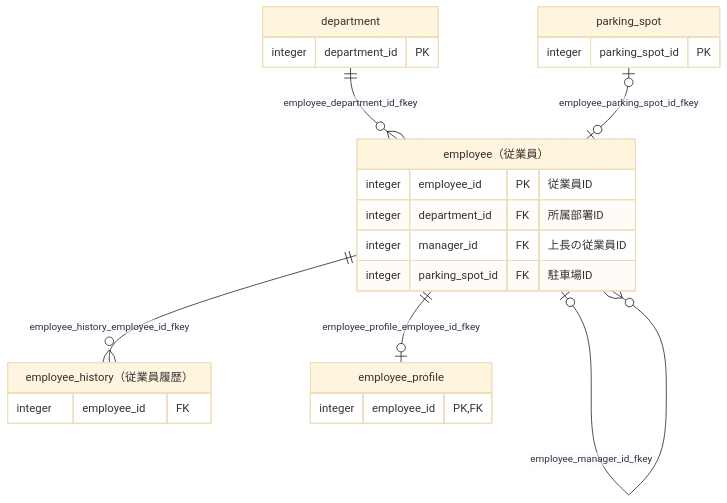
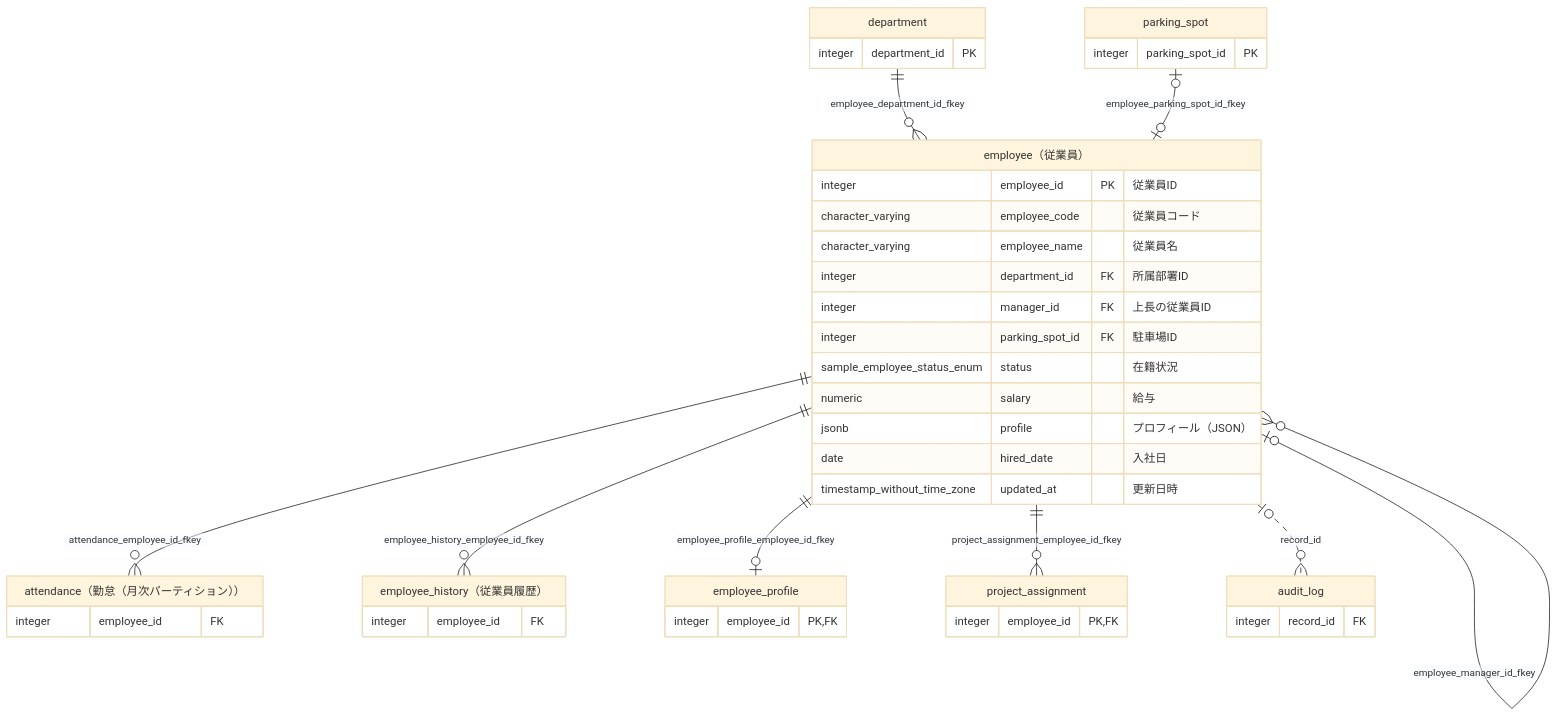
Before and after one commit to ebichan88/qiita-ebichan88: the first of 3 diagrams in public/dbxray.md, drawn with Mermaid (base theme). The commit also changed other lines of this file, not shown here.

````diff
--- a/public/dbxray.md
+++ b/public/dbxray.md
@@ -234,31 +181,53 @@
 ```mermaid
 erDiagram
+    sample_employee["employee（従業員）"]
     sample_department["department"]
-    sample_employee["employee（従業員）"]
+    sample_parking_spot["parking_spot"]
+    sample_attendance["attendance（勤怠（月次パーティション））"]
     sample_employee_history["employee_history（従業員履歴）"]
     sample_employee_profile["employee_profile"]
-    sample_parking_spot["parking_spot"]
+    sample_project_assignment["project_assignment"]
+    sample_audit_log["audit_log"]
     sample_department ||--o{ sample_employee : "employee_department_id_fkey"
     sample_employee |o--o{ sample_employee : "employee_manager_id_fkey"
     sample_parking_spot |o--o| sample_employee : "employee_parking_spot_id_fkey"
+    sample_employee ||--o{ sample_attendance : "attendance_employee_id_fkey"
     sample_employee ||--o{ sample_employee_history : "employee_history_employee_id_fkey"
     sample_employee ||--o| sample_employee_profile : "employee_profile_employee_id_fkey"
+    sample_employee ||--o{ sample_project_assignment : "project_assignment_employee_id_fkey"
+    sample_employee |o..o{ sample_audit_log : "record_id"
+    sample_employee {
+        integer employee_id PK "従業員ID"
+        character_varying employee_code "従業員コード"
+        character_varying employee_name "従業員名"
+        integer department_id FK "所属部署ID"
+        integer manager_id FK "上長の従業員ID"
+        integer parking_spot_id FK "駐車場ID"
+        sample_employee_status_enum status "在籍状況"
+        numeric salary "給与"
+        jsonb profile "プロフィール（JSON）"
+        date hired_date "入社日"
+        timestamp_without_time_zone updated_at "更新日時"
+    }
     sample_department {
         integer department_id PK
     }
-    sample_employee {
-        integer employee_id PK "従業員ID"
-        integer department_id FK "所属部署ID"
-        integer manager_id FK "上長の従業員ID"
-        integer parking_spot_id FK "駐車場ID"
+    sample_parking_spot {
+        integer parking_spot_id PK
+    }
+    sample_attendance {
+        integer employee_id FK
     }
     sample_employee_history {
         integer employee_id FK
     }
     sample_employee_profile {
         integer employee_id PK, FK
     }
-    sample_parking_spot {
-        integer parking_spot_id PK
+    sample_project_assignment {
+        integer employee_id PK, FK
+    }
+    sample_audit_log {
+        integer record_id FK
     }
 ```
````
